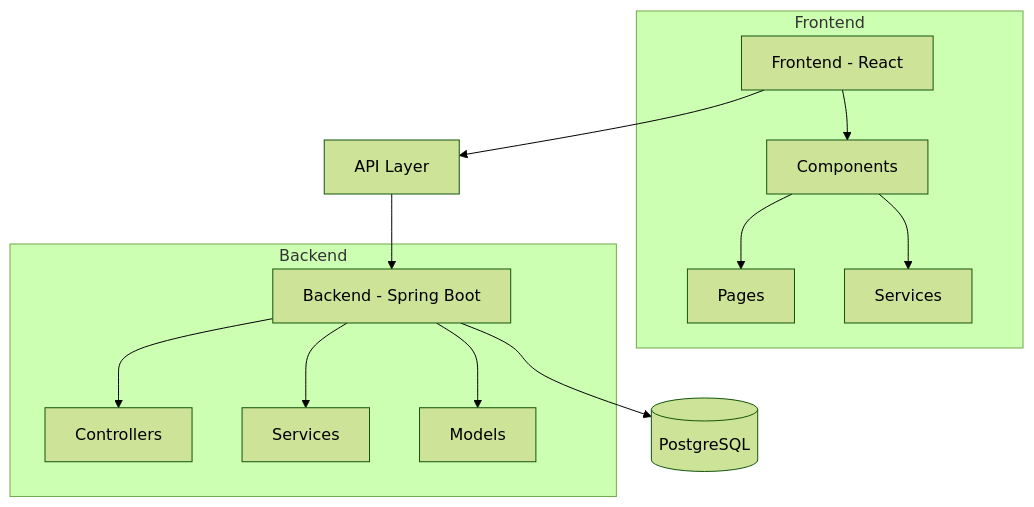
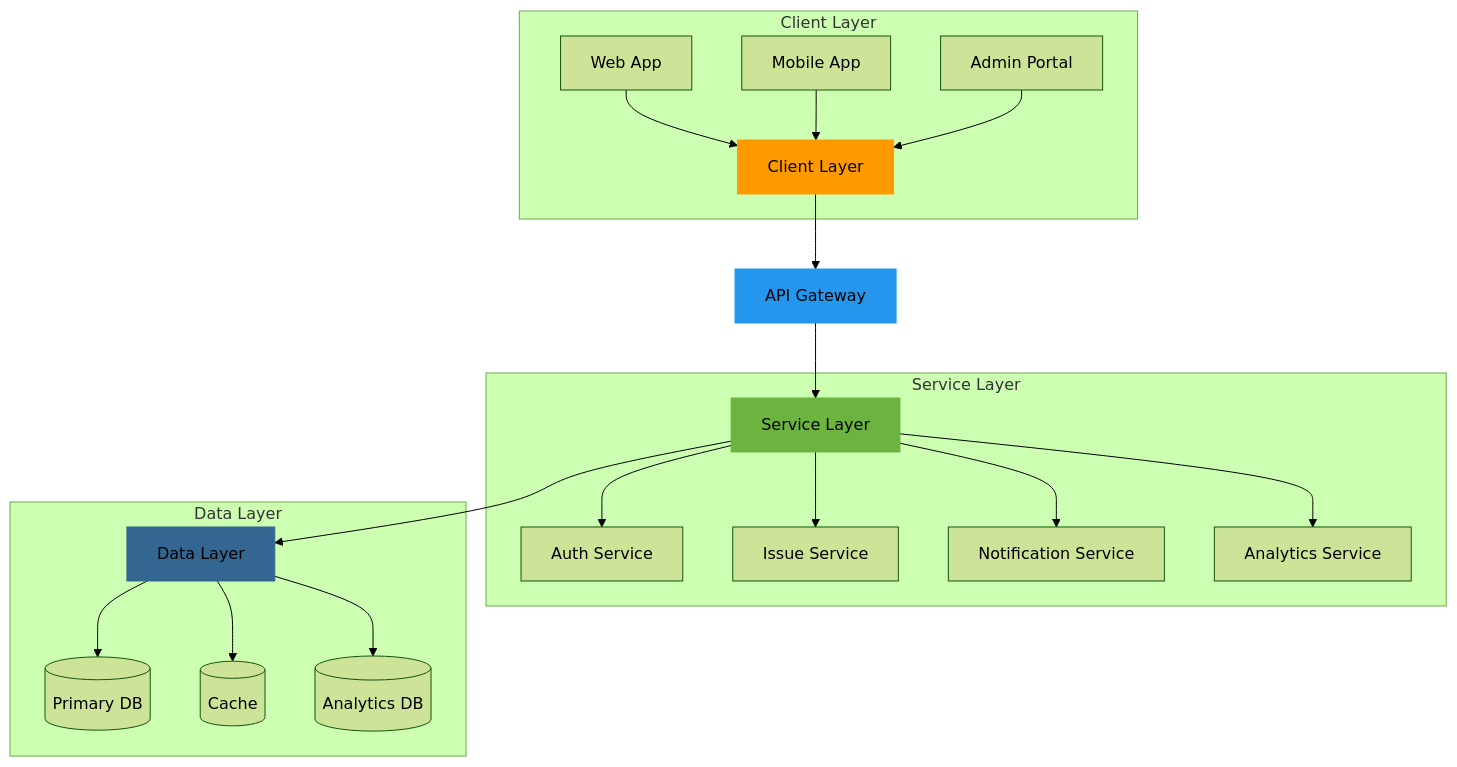
The third of 9 diagrams in README.md (GouthamAdepu/cofix), drawn with Mermaid (forest theme) before and after one commit. The commit also changed other lines of this file, not shown here.

````diff
--- a/README.md
+++ b/README.md
@@ -8,16 +124,30 @@
 ```mermaid
 graph TD
-    A[Frontend - React] --> B[API Layer]
-    B --> C[Backend - Spring Boot]
-    C --> D[(PostgreSQL)]
-    subgraph Frontend
-        A --> E[Components]
-        E --> F[Pages]
-        E --> G[Services]
+    A[Client Layer] --> B[API Gateway]
+    B --> C[Service Layer]
+    C --> D[Data Layer]
+    
+    subgraph Client Layer
+    A1[Web App] --> A
+    A2[Mobile App] --> A
+    A3[Admin Portal] --> A
     end
-    subgraph Backend
-        C --> H[Controllers]
-        C --> I[Services]
-        C --> J[Models]
+    
+    subgraph Service Layer
+    C --> C1[Auth Service]
+    C --> C2[Issue Service]
+    C --> C3[Notification Service]
+    C --> C4[Analytics Service]
     end
+    
+    subgraph Data Layer
+    D --> D1[(Primary DB)]
+    D --> D2[(Cache)]
+    D --> D3[(Analytics DB)]
+    end
+    
+    style A fill:#ff9900,stroke:#ff9900
+    style B fill:#2496ED,stroke:#2496ED
+    style C fill:#6DB33F,stroke:#6DB33F
+    style D fill:#336791,stroke:#336791
 ```
````
